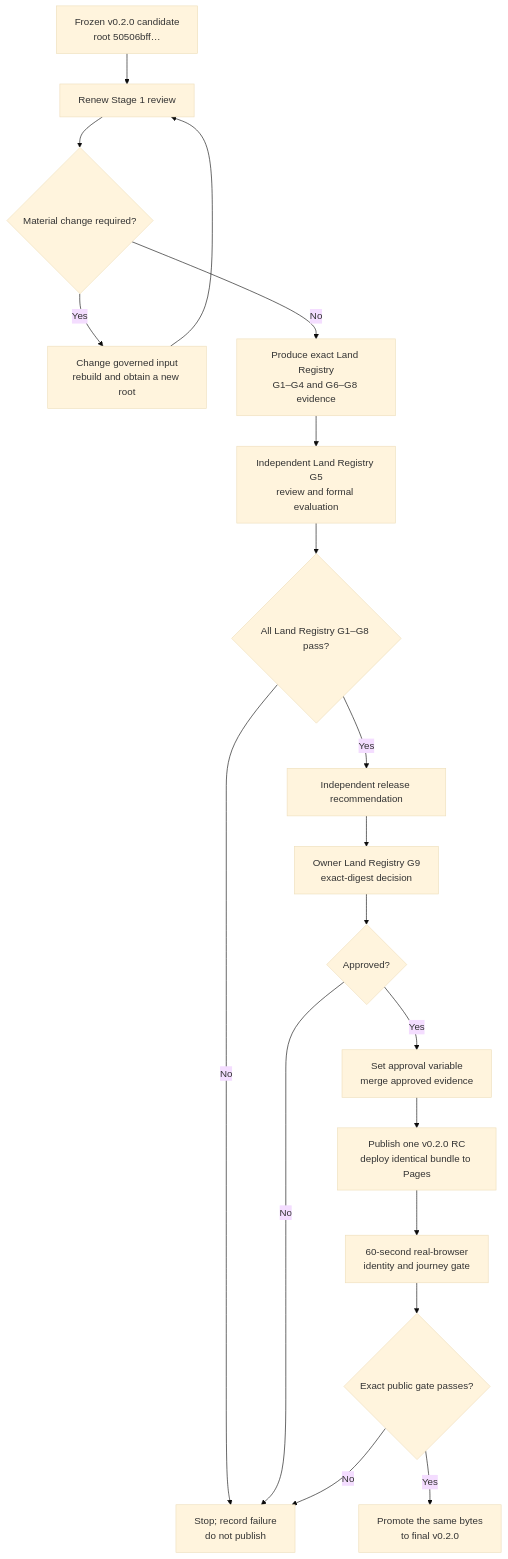
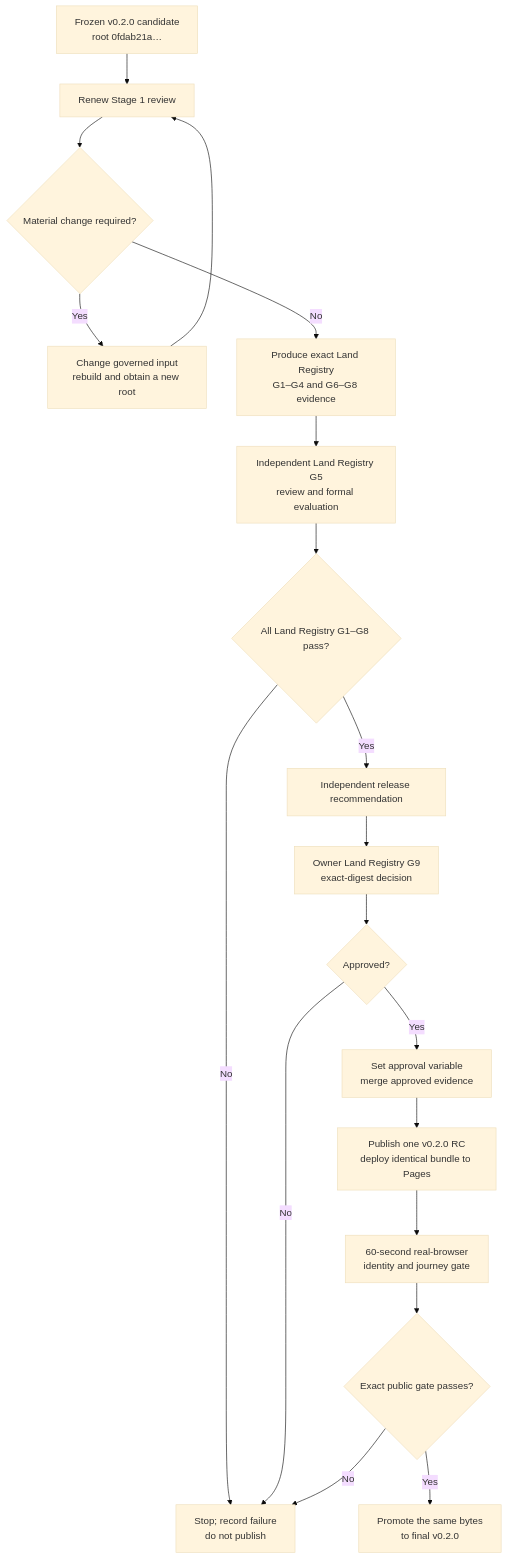
One commit to chris-page-gov/okf-LandRegistry changed the diagram in docs/v0.2.0-release-tracker-and-publication-guide.md. Above: the diagram before and after it, drawn with Mermaid (base theme). The commit also changed other lines of this file and 4 other files, not shown here.

````diff
--- a/docs/v0.2.0-release-tracker-and-publication-guide.md
+++ b/docs/v0.2.0-release-tracker-and-publication-guide.md
@@ -484,21 +517,21 @@
 ```mermaid
 flowchart TD
-    A["Frozen v0.2.0 candidate<br/>root 50506bff…"] --> B["Renew Stage 1 review"]
+    A["Frozen v0.2.0 candidate<br/>root 0fdab21a…"] --> B["Renew Stage 1 review"]
     B --> C{"Material change required?"}
     C -- "Yes" --> D["Change governed input<br/>rebuild and obtain a new root"]
     D --> B
     C -- "No" --> E["Produce exact Land Registry<br/>G1–G4 and G6–G8 evidence"]
     E --> F["Independent Land Registry G5<br/>review and formal evaluation"]
     F --> G{"All Land Registry G1–G8 pass?"}
     G -- "No" --> H["Stop; record failure<br/>do not publish"]
     G -- "Yes" --> I["Independent release recommendation"]
     I --> J["Owner Land Registry G9<br/>exact-digest decision"]
     J --> K{"Approved?"}
     K -- "No" --> H
     K -- "Yes" --> L["Set approval variable<br/>merge approved evidence"]
     L --> M["Publish one v0.2.0 RC<br/>deploy identical bundle to Pages"]
     M --> N["60-second real-browser<br/>identity and journey gate"]
     N --> O{"Exact public gate passes?"}
     O -- "No" --> H
     O -- "Yes" --> P["Promote the same bytes<br/>to final v0.2.0"]
 ```
````
